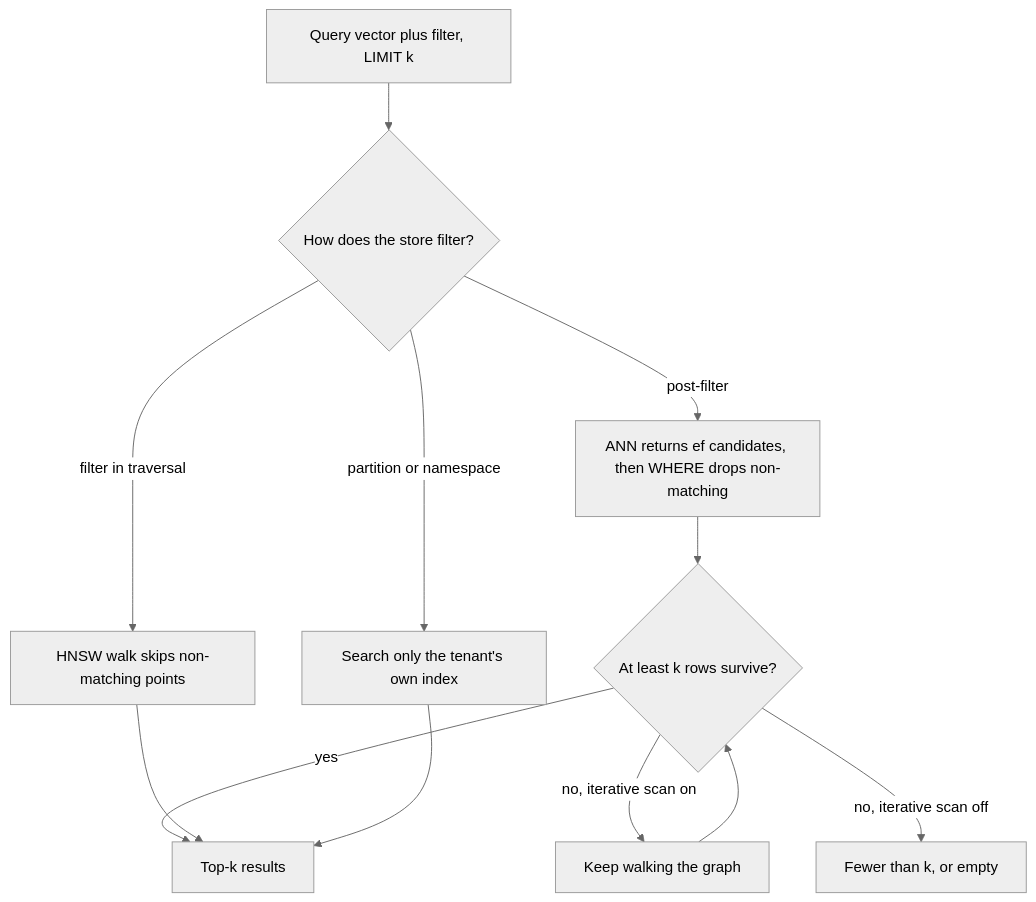
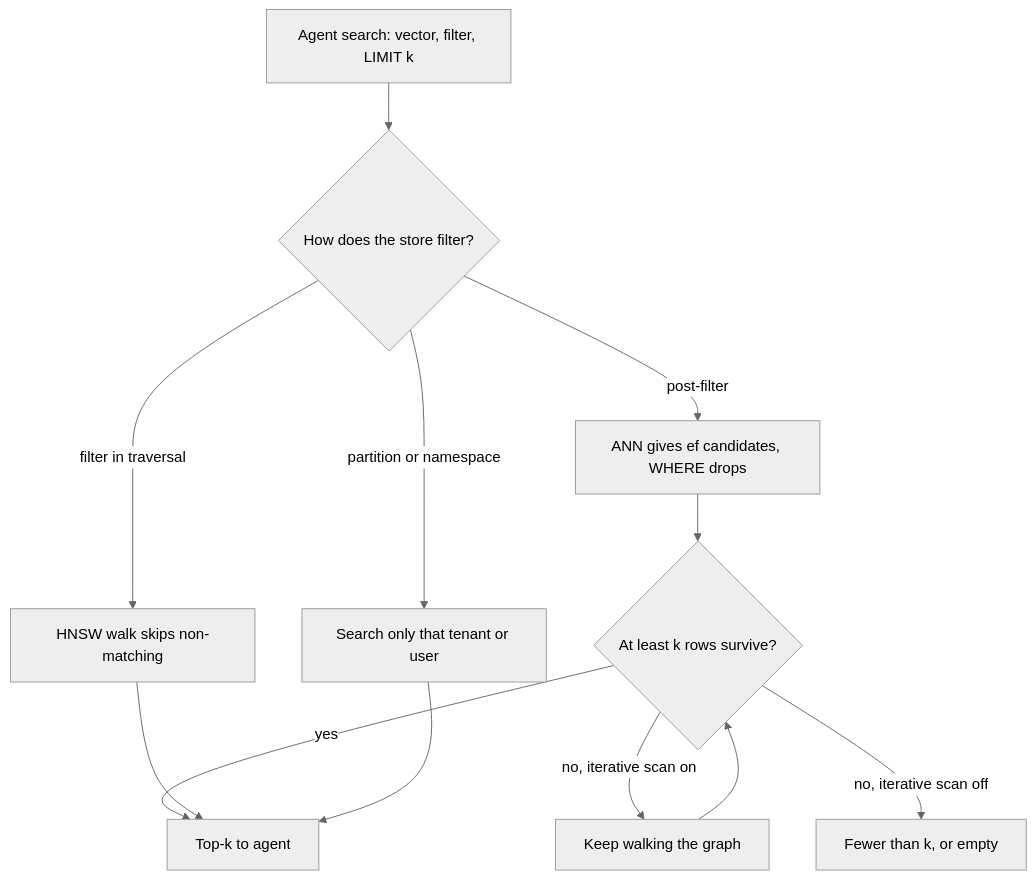
The diagram in content/rag-retrieval/vector-databases.md (lovishmahajan97/agentic-learning), drawn with Mermaid (neutral theme) before and after one commit. The commit also changed other lines of this file and 266 other files, not shown here.

````diff
--- a/content/rag-retrieval/vector-databases.md
+++ b/content/rag-retrieval/vector-databases.md
@@ -126,14 +153,14 @@
 ```mermaid
 flowchart TD
-    Q["Query vector plus filter, LIMIT k"] --> S{"How does the store filter?"}
-    S -->|"post-filter"| PF["ANN returns ef candidates, then WHERE drops non-matching"]
-    S -->|"filter in traversal"| FT["HNSW walk skips non-matching points"]
-    S -->|"partition or namespace"| PT["Search only the tenant's own index"]
+    Q["Agent search: vector, filter, LIMIT k"] --> S{"How does the store filter?"}
+    S -->|"post-filter"| PF["ANN gives ef candidates, WHERE drops"]
+    S -->|"filter in traversal"| FT["HNSW walk skips non-matching"]
+    S -->|"partition or namespace"| PT["Search only that tenant or user"]
     PF --> C{"At least k rows survive?"}
-    C -->|"yes"| R["Top-k results"]
+    C -->|"yes"| R["Top-k to agent"]
     C -->|"no, iterative scan on"| W["Keep walking the graph"]
     W --> C
     C -->|"no, iterative scan off"| SHORT["Fewer than k, or empty"]
     FT --> R
     PT --> R
 ```
````
